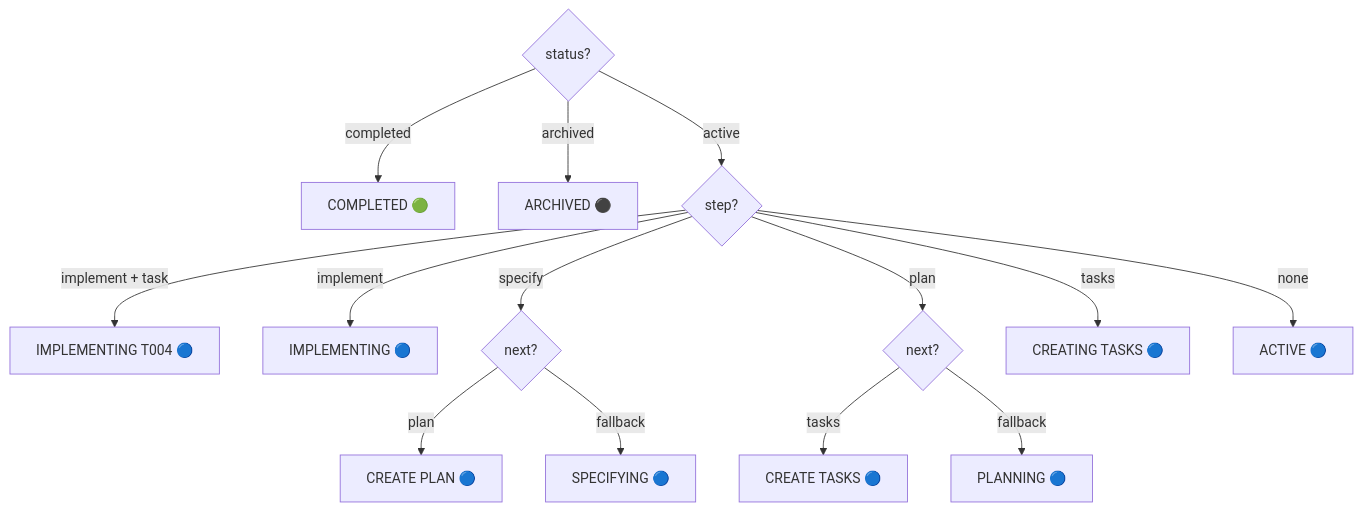
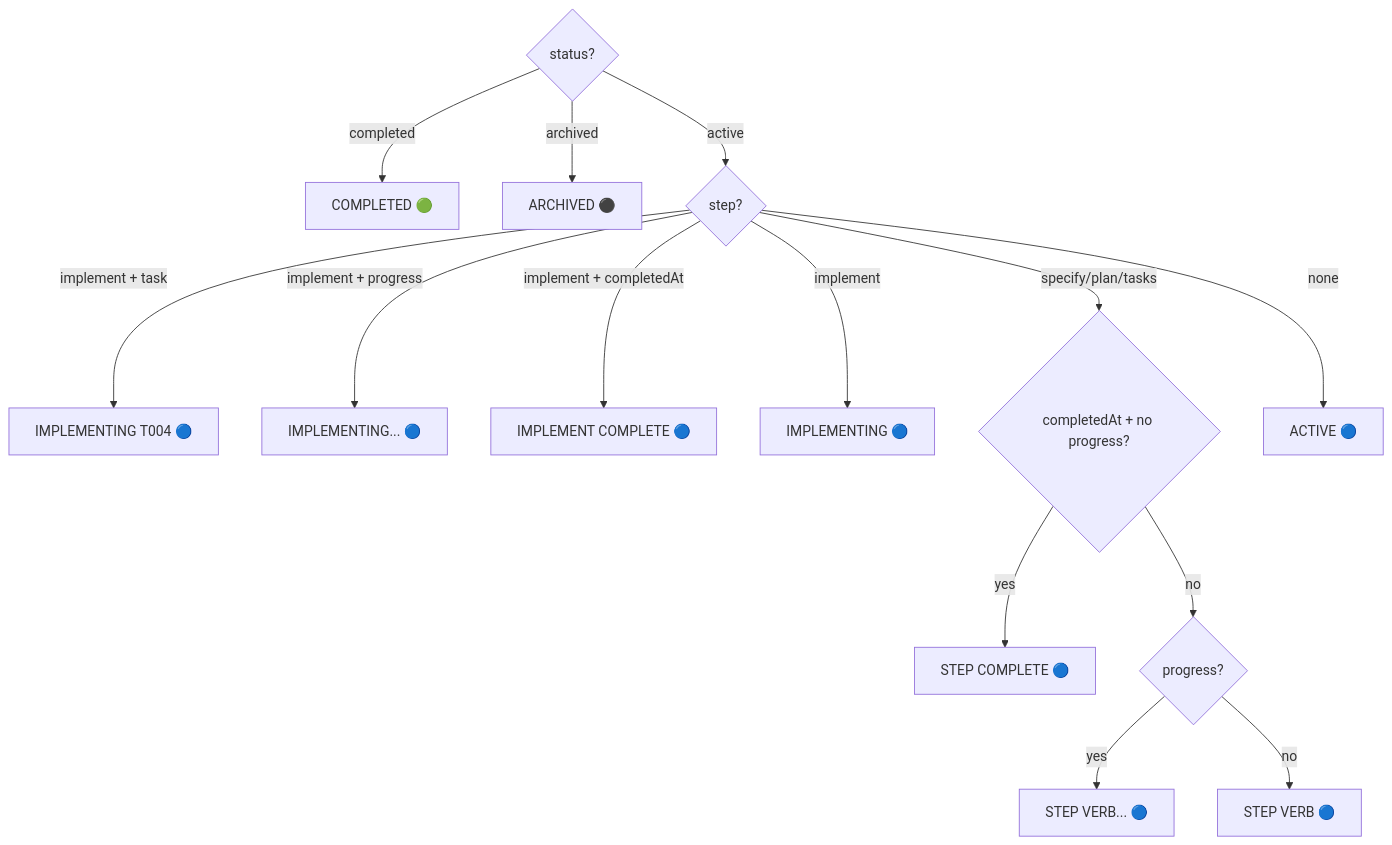
One commit to alfredoperez/speckit-companion changed the fourth of 8 diagrams in docs/viewer-states.md. Above: the diagram before and after it, drawn with Mermaid. The commit also changed other lines of this file and 11 other files, not shown here.

First line of the commit message:
fix(spec-viewer): show step completion badges when stepHistory.completedAt is set (#67) (#67)

````diff
--- a/docs/viewer-states.md
+++ b/docs/viewer-states.md
@@ -84,16 +84,16 @@
 ```mermaid
 flowchart TD
     A{status?} --> |completed| B["COMPLETED 🟢"]
     A --> |archived| C["ARCHIVED ⚫"]
     A --> |active| D{step?}
     D --> |implement + task| E["IMPLEMENTING T004 🔵"]
-    D --> |implement| F["IMPLEMENTING 🔵"]
-    D --> |specify| G{next?}
-    D --> |plan| H{next?}
-    D --> |tasks| I["CREATING TASKS 🔵"]
-    G --> |plan| J["CREATE PLAN 🔵"]
-    H --> |tasks| K["CREATE TASKS 🔵"]
-    G --> |fallback| L["SPECIFYING 🔵"]
-    H --> |fallback| M["PLANNING 🔵"]
+    D --> |implement + progress| F["IMPLEMENTING... 🔵"]
+    D --> |implement + completedAt| F2["IMPLEMENT COMPLETE 🔵"]
+    D --> |implement| F3["IMPLEMENTING 🔵"]
+    D --> |specify/plan/tasks| SC{completedAt + no progress?}
+    SC --> |yes| SCC["STEP COMPLETE 🔵"]
+    SC --> |no| SP{progress?}
+    SP --> |yes| SPY["STEP VERB... 🔵"]
+    SP --> |no| SPN["STEP VERB 🔵"]
     D --> |none| N["ACTIVE 🔵"]
 ```
````
